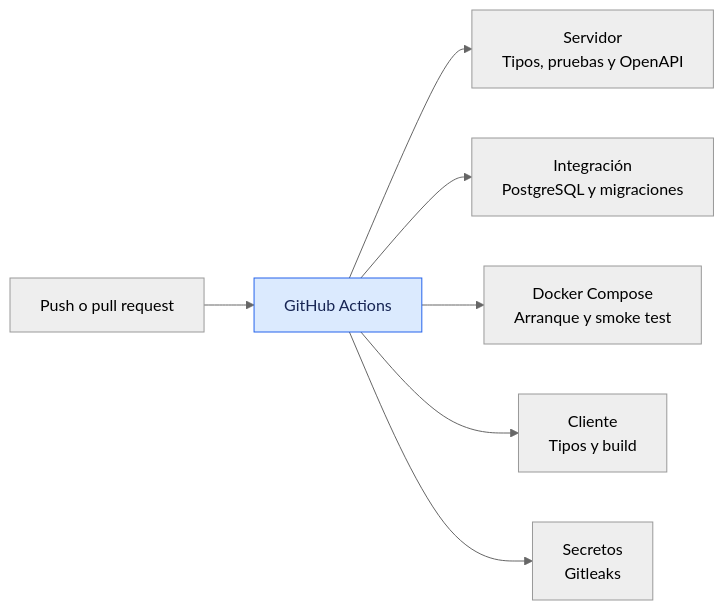
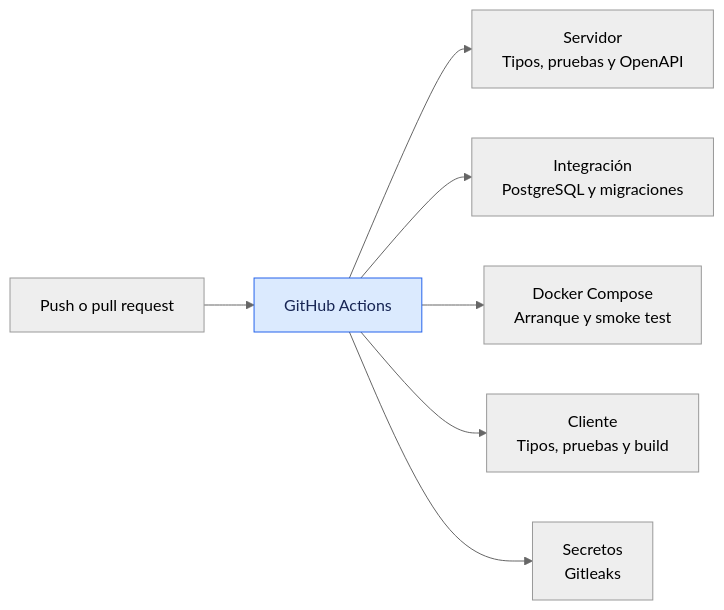
Before and after one commit to Martinzanandrea/FitZoneSports: the diagram in docs/diagramas/pipeline.mmd, drawn with Mermaid (neutral theme). The commit also changed 6 other files, not shown here.

Commit message:
Regenerar diagramas de pipeline y reserva, usar SVG en el Dossier y reemplazar el volcado SQL

```diff
--- a/docs/diagramas/pipeline.mmd
+++ b/docs/diagramas/pipeline.mmd
@@ -1,17 +1,17 @@
 %% FitZone Sports · Retamoso, Máximo · 2026-11-09 · v2.0
 flowchart LR
   A["Push o pull request"]
   C["GitHub Actions"]
   D["Servidor<br/>Tipos, pruebas y OpenAPI"]
   E["Integración<br/>PostgreSQL y migraciones"]
   F["Docker Compose<br/>Arranque y smoke test"]
-  G["Cliente<br/>Tipos y build"]
+  G["Cliente<br/>Tipos, pruebas y build"]
   H["Secretos<br/>Gitleaks"]
   A --> C
   C --> D
   C --> E
   C --> F
   C --> G
   C --> H
   classDef foco fill:#dbeafe,stroke:#2563eb,color:#172554
   class C foco
```
